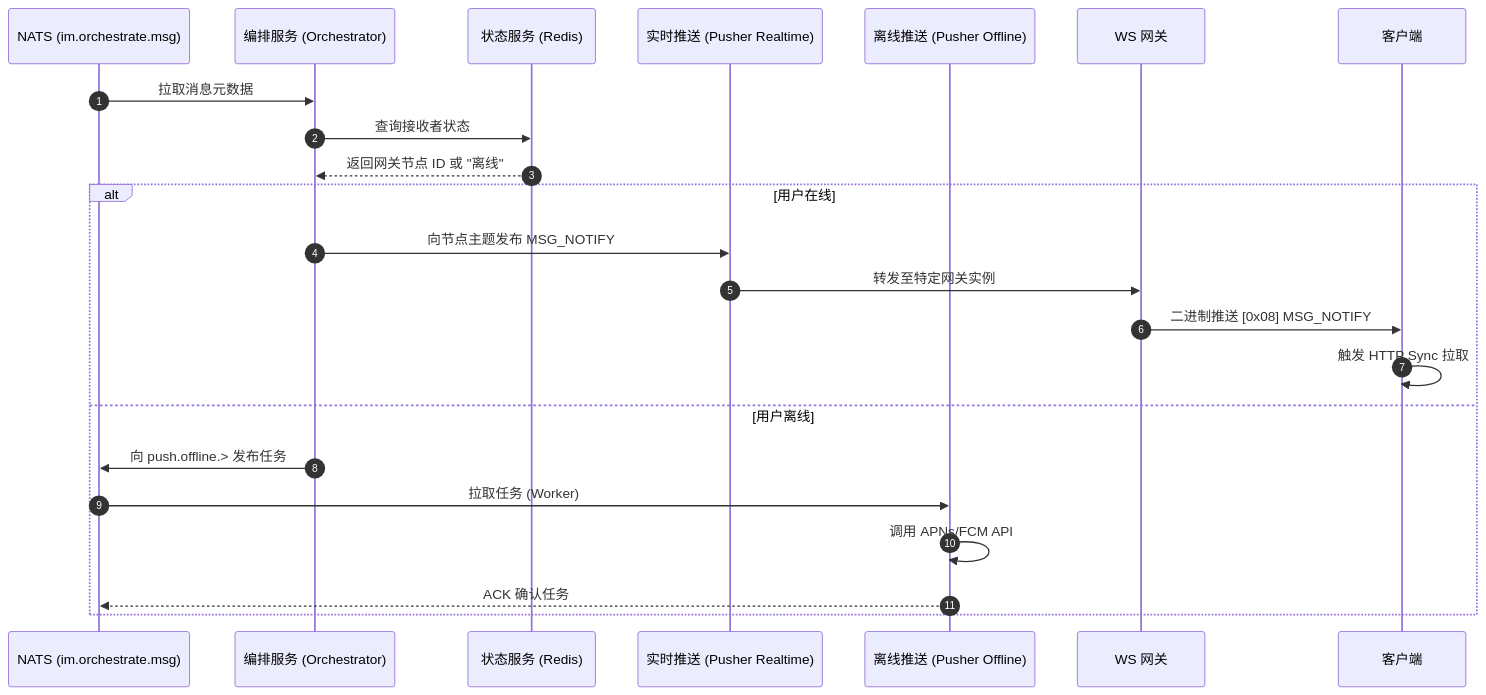
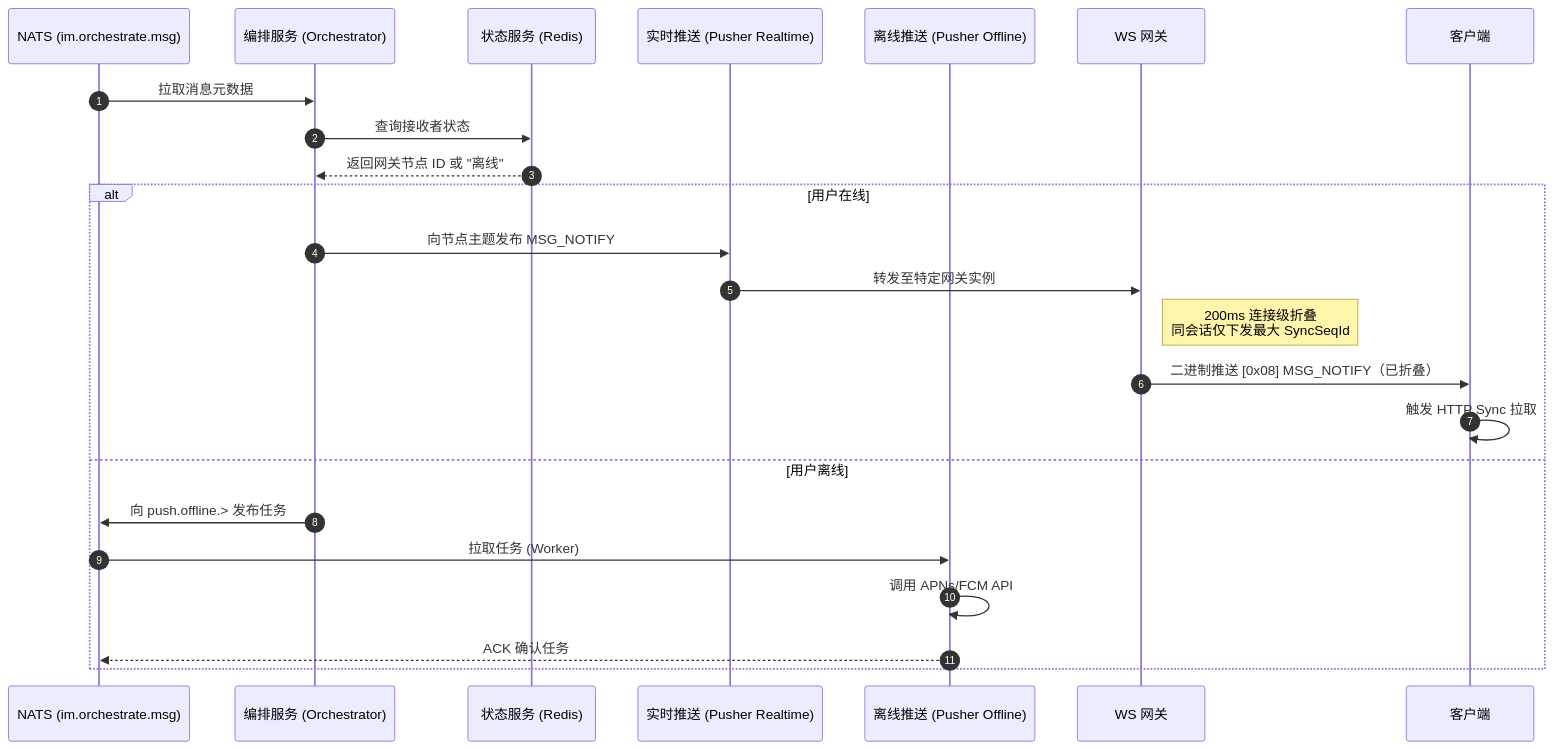
Before and after one commit to JamesWilson19970101/ocean.chat.docs: the diagram in i18n/zh-CN/docusaurus-plugin-content-docs/current/devdocs/Bussiness Logic/message-dispatch-push-flow.md, drawn with Mermaid. The commit also changed other lines of this file and 2 other files, not shown here.

First line of the commit message:
docs: keep MSG_NOTIFY 200ms collapse on the gateway

````diff
--- a/i18n/zh-CN/docusaurus-plugin-content-docs/current/devdocs/Bussiness Logic/message-dispatch-push-flow.md
+++ b/i18n/zh-CN/docusaurus-plugin-content-docs/current/devdocs/Bussiness Logic/message-dispatch-push-flow.md
@@ -92,27 +96,28 @@
 ```mermaid
 sequenceDiagram
     autonumber
     participant N as NATS (im.orchestrate.msg)
     participant O as 编排服务 (Orchestrator)
     participant P as 状态服务 (Redis)
     participant R as 实时推送 (Pusher Realtime)
     participant OF as 离线推送 (Pusher Offline)
     participant G as WS 网关
     participant C as 客户端
 
     N->>O: 拉取消息元数据
     O->>P: 查询接收者状态
     P-->>O: 返回网关节点 ID 或 "离线"
 
     alt 用户在线
         O->>R: 向节点主题发布 MSG_NOTIFY
         R->>G: 转发至特定网关实例
-        G->>C: 二进制推送 [0x08] MSG_NOTIFY
+        note right of G: 200ms 连接级折叠<br/>同会话仅下发最大 SyncSeqId
+        G->>C: 二进制推送 [0x08] MSG_NOTIFY（已折叠）
         C->>C: 触发 HTTP Sync 拉取
     else 用户离线
         O->>N: 向 push.offline.> 发布任务
         N->>OF: 拉取任务 (Worker)
         OF->>OF: 调用 APNs/FCM API
         OF-->>N: ACK 确认任务
     end
 ```
````
